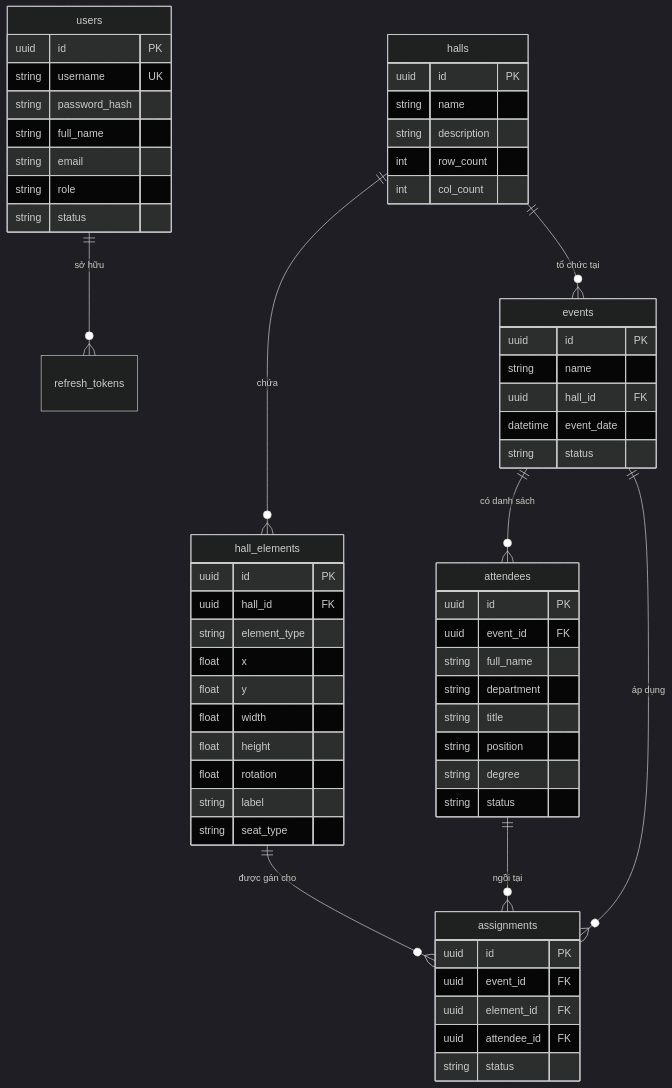
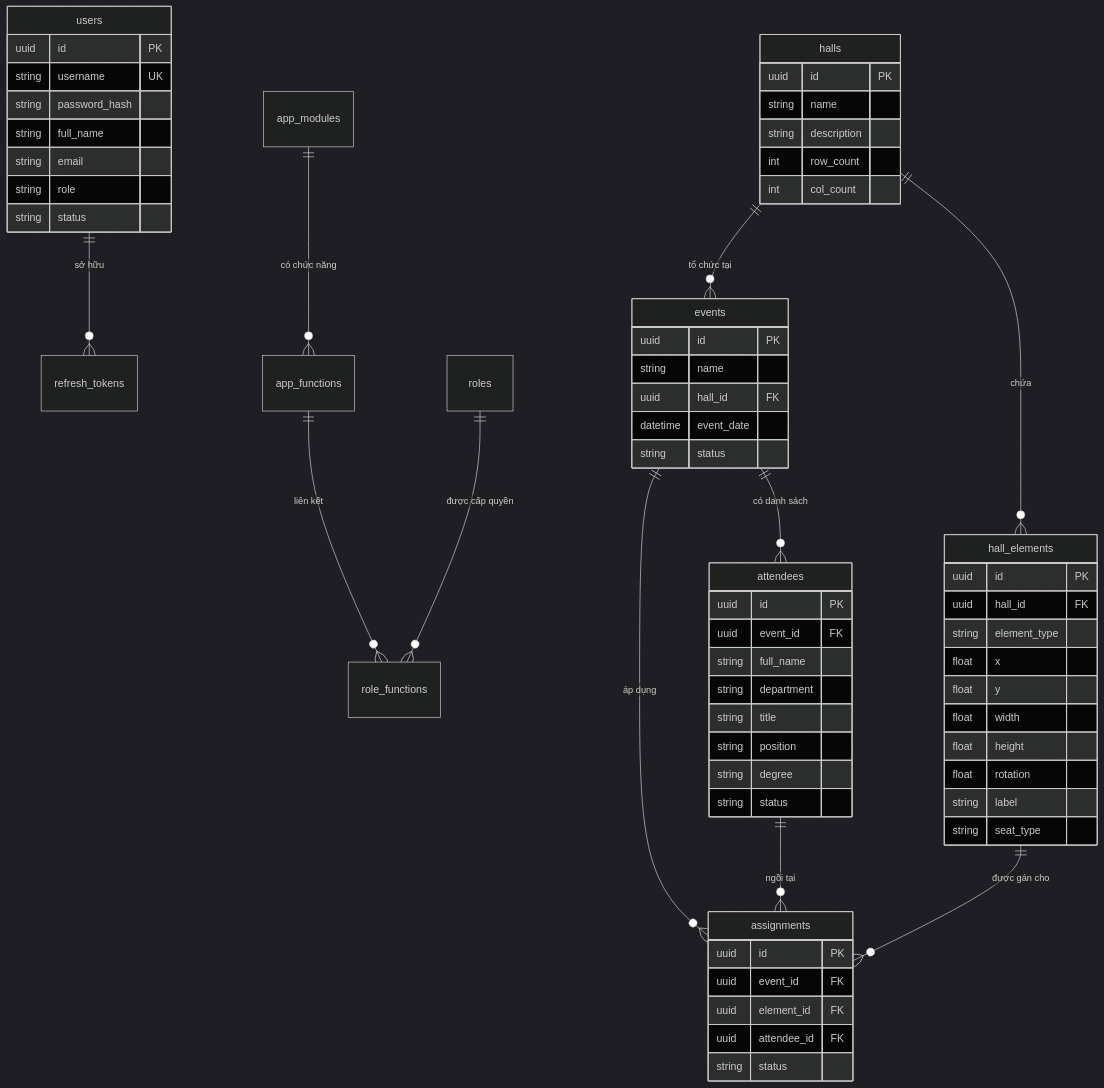
Before and after one commit to Phongke004/PM_SEEDMAPS: the diagram in SYSTEM_DOCUMENTATION.md, drawn with Mermaid (dark theme). The commit also changed other lines of this file and 65 other files, not shown here.

````diff
--- a/SYSTEM_DOCUMENTATION.md
+++ b/SYSTEM_DOCUMENTATION.md
@@ -44,63 +44,66 @@
 ```mermaid
 erDiagram
     users ||--o{ refresh_tokens : "sở hữu"
     halls ||--o{ hall_elements : "chứa"
     halls ||--o{ events : "tổ chức tại"
     events ||--o{ attendees : "có danh sách"
     events ||--o{ assignments : "áp dụng"
     hall_elements ||--o{ assignments : "được gán cho"
     attendees ||--o{ assignments : "ngồi tại"
+    roles ||--o{ role_functions : "được cấp quyền"
+    app_modules ||--o{ app_functions : "có chức năng"
+    app_functions ||--o{ role_functions : "liên kết"
 
     users {
         uuid id PK
         string username UK
         string password_hash
         string full_name
         string email
         string role
         string status
     }
     halls {
         uuid id PK
         string name
         string description
         int row_count
         int col_count
     }
     hall_elements {
         uuid id PK
         uuid hall_id FK
         string element_type
         float x
         float y
         float width
         float height
         float rotation
         string label
         string seat_type
     }
     events {
         uuid id PK
         string name
         uuid hall_id FK
         datetime event_date
         string status
     }
     attendees {
         uuid id PK
         uuid event_id FK
         string full_name
         string department
         string title
         string position
         string degree
         string status
     }
     assignments {
         uuid id PK
         uuid event_id FK
         uuid element_id FK
         uuid attendee_id FK
         string status
     }
 ```
````
